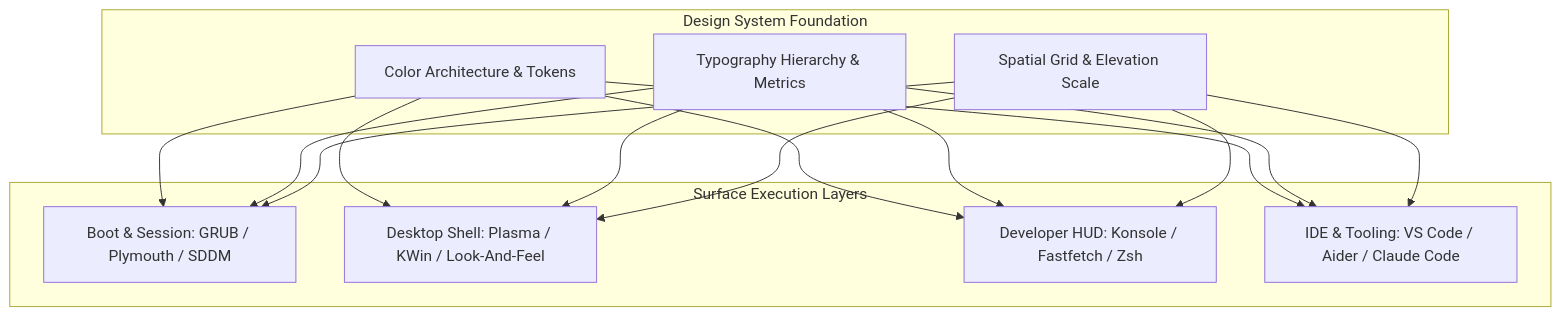
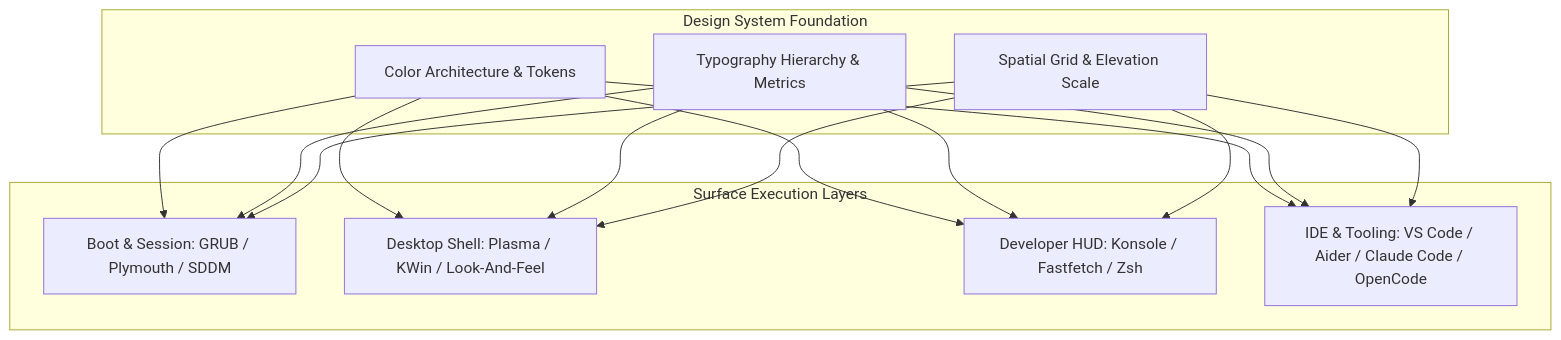
One commit to Aak4shz/Umbrella-Corporation_OS changed the first of 6 diagrams in DESIGN.md. Above: the diagram before and after it, drawn with Mermaid. The commit also changed other lines of this file, not shown here.

Commit message:
docs DESIGN :Update add OpenCode AI coding terminal to design documentation

````diff
--- a/DESIGN.md
+++ b/DESIGN.md
@@ -31,30 +31,30 @@
 ```mermaid
 graph TD
     subgraph Design System Foundation
         P1[Color Architecture & Tokens]
         P2[Typography Hierarchy & Metrics]
         P3[Spatial Grid & Elevation Scale]
     end
 
     subgraph Surface Execution Layers
         S1[Boot & Session: GRUB / Plymouth / SDDM]
         S2[Desktop Shell: Plasma / KWin / Look-And-Feel]
         S3[Developer HUD: Konsole / Fastfetch / Zsh]
-        S4[IDE & Tooling: VS Code / Aider / Claude Code]
+        S4[IDE & Tooling: VS Code / Aider / Claude Code / OpenCode]
     end
 
     P1 --> S1
     P1 --> S2
     P1 --> S3
     P1 --> S4
 
     P2 --> S1
     P2 --> S2
     P2 --> S3
     P2 --> S4
 
     P3 --> S1
     P3 --> S2
     P3 --> S3
     P3 --> S4
 ```
````
